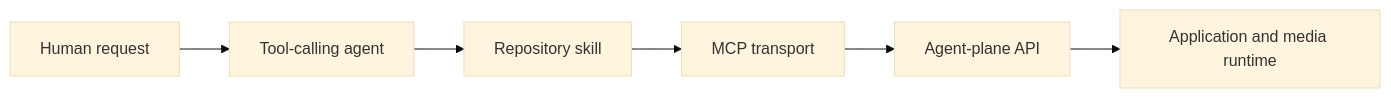
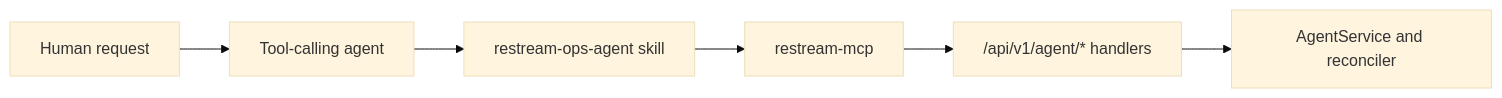
Before and after one commit to krsna1729/restream: the first of 4 diagrams in docs/agent-plane-integration.md, drawn with Mermaid (base theme). The commit also changed other lines of this file and 26 other files, not shown here.

First line of the commit message:
docs: rewrite every page against current source, with diagrams (#372)

````diff
--- a/docs/agent-plane-integration.md
+++ b/docs/agent-plane-integration.md
@@ -20,8 +25,8 @@
 ```mermaid
 flowchart LR
     Human["Human request"] --> Agent["Tool-calling agent"]
-    Agent --> Skill["Repository skill"]
-    Skill --> Mcp["MCP transport"]
-    Mcp --> Api["Agent-plane API"]
-    Api --> Core["Application and media runtime"]
+    Agent --> Skill["restream-ops-agent skill"]
+    Skill --> Mcp["restream-mcp"]
+    Mcp --> Api["/api/v1/agent/* handlers"]
+    Api --> Core["AgentService and reconciler"]
 ```
````
